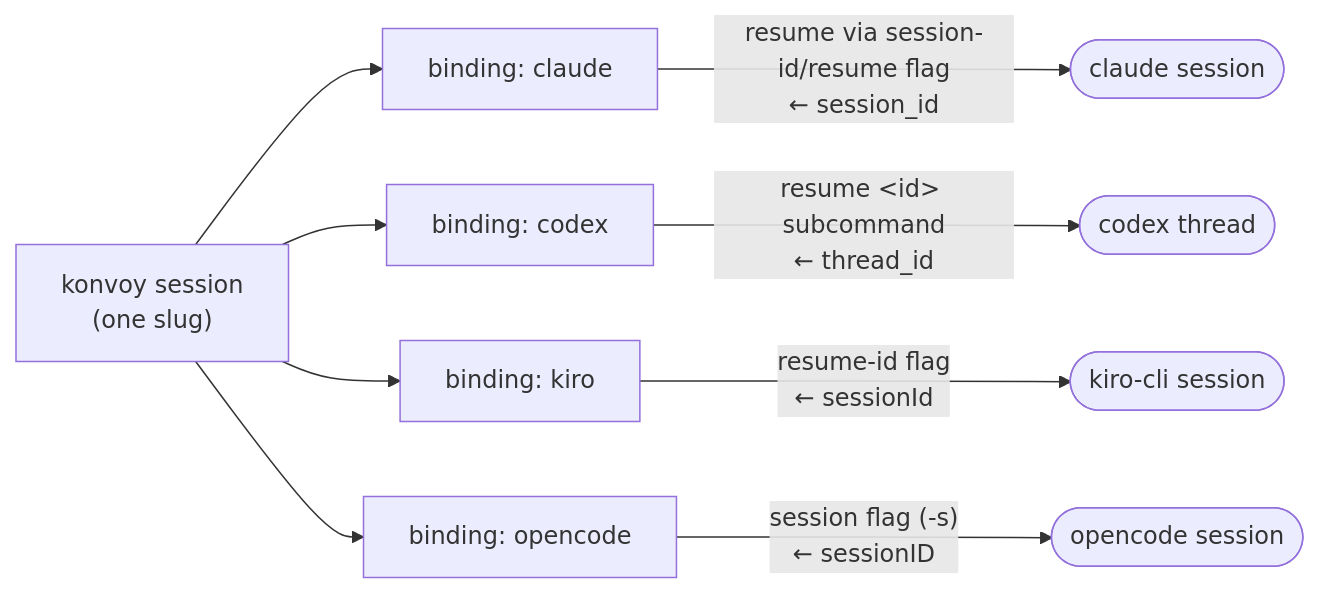
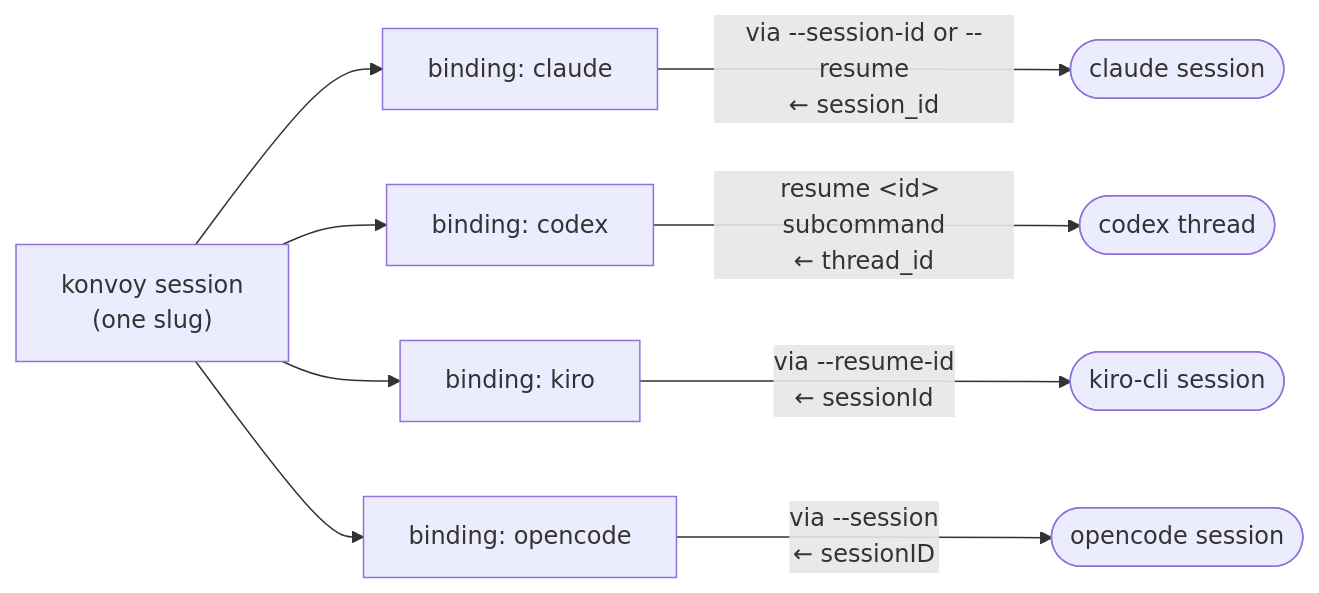
Before and after one commit to doguyilmaz/konvoy: the first of 2 diagrams in README.md, drawn with Mermaid. The commit also changed other lines of this file and 1 other file, not shown here.

Commit message:
fix: scope the readme flag check to konvoy's own flags, and say the others plainly

````diff
--- a/README.md
+++ b/README.md
@@ -84,13 +84,13 @@
 ```mermaid
 flowchart LR
   session["konvoy session<br/>(one slug)"]
   session --> bClaude["binding: claude"]
   session --> bCodex["binding: codex"]
   session --> bKiro["binding: kiro"]
   session --> bOpencode["binding: opencode"]
 
-  bClaude -->|"resume via session-id/resume flag<br/>← session_id"| claudeCli(["claude session"])
+  bClaude -->|"via --session-id or --resume<br/>← session_id"| claudeCli(["claude session"])
   bCodex -->|"resume &lt;id&gt; subcommand<br/>← thread_id"| codexCli(["codex thread"])
-  bKiro -->|"resume-id flag<br/>← sessionId"| kiroCli(["kiro-cli session"])
-  bOpencode -->|"session flag (-s)<br/>← sessionID"| opencodeCli(["opencode session"])
+  bKiro -->|"via --resume-id<br/>← sessionId"| kiroCli(["kiro-cli session"])
+  bOpencode -->|"via --session<br/>← sessionID"| opencodeCli(["opencode session"])
 ```
````
